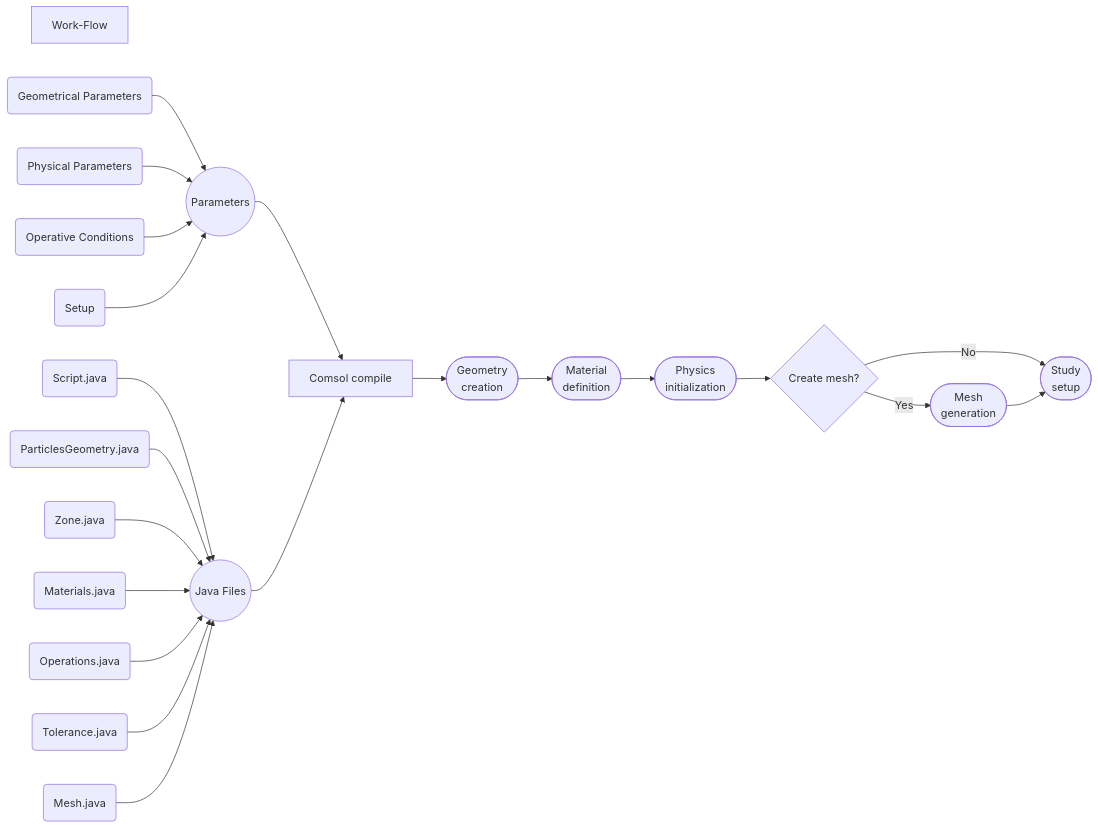
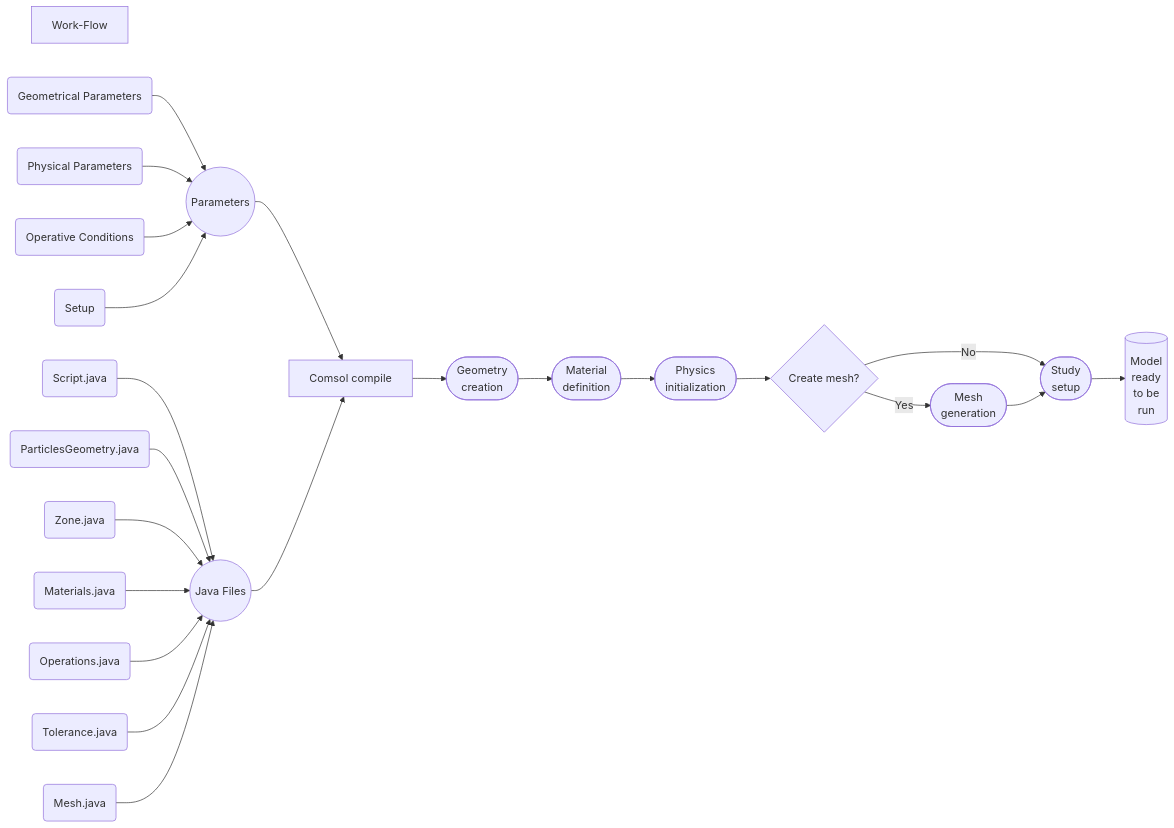
One commit to mulmopro/battery_porescale changed the diagram in README.md. Above: the diagram before and after it, drawn with Mermaid.

````diff
--- a/README.md
+++ b/README.md
@@ -7,24 +7,25 @@
 ```mermaid
 graph LR
 TOP[Work-Flow]
   IN1(Geometrical Parameters)-->O1((Parameters))
   IN2(Physical Parameters)-->O1
   IN3(Operative Conditions)-->O1
   IN4(Setup)-->O1
   IN5(Script.java)-->O2((Java Files))
   IN6(ParticlesGeometry.java)-->O2
   IN7(Zone.java)-->O2
   IN8(Materials.java)-->O2
   IN9(Operations.java)-->O2
   IN10(Tolerance.java)-->O2
   IN11(Mesh.java)-->O2
   O1-->BLK1[Comsol compile]
   O2-->BLK1
   BLK1-->PK1([Geometry <br> creation])
   PK1-->PK2([Material <br> definition])
   PK2-->PK3([Physics <br> initialization])
   PK3-->PK4{Create mesh?}
   PK4-->|Yes|PK5([Mesh <br> generation])
   PK4-->|No|PK6([Study <br> setup])
   PK5-->PK6
+  PK6-->PK7[(Model <br> ready <br> to be <br> run)]
 ```
````
